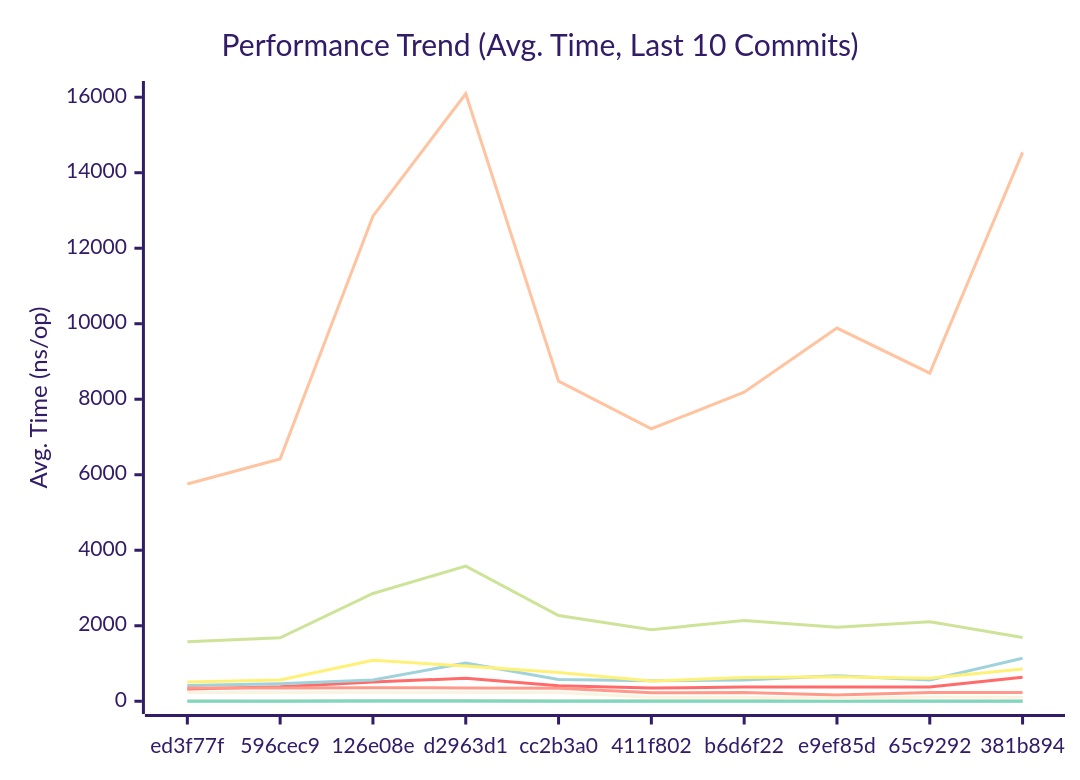
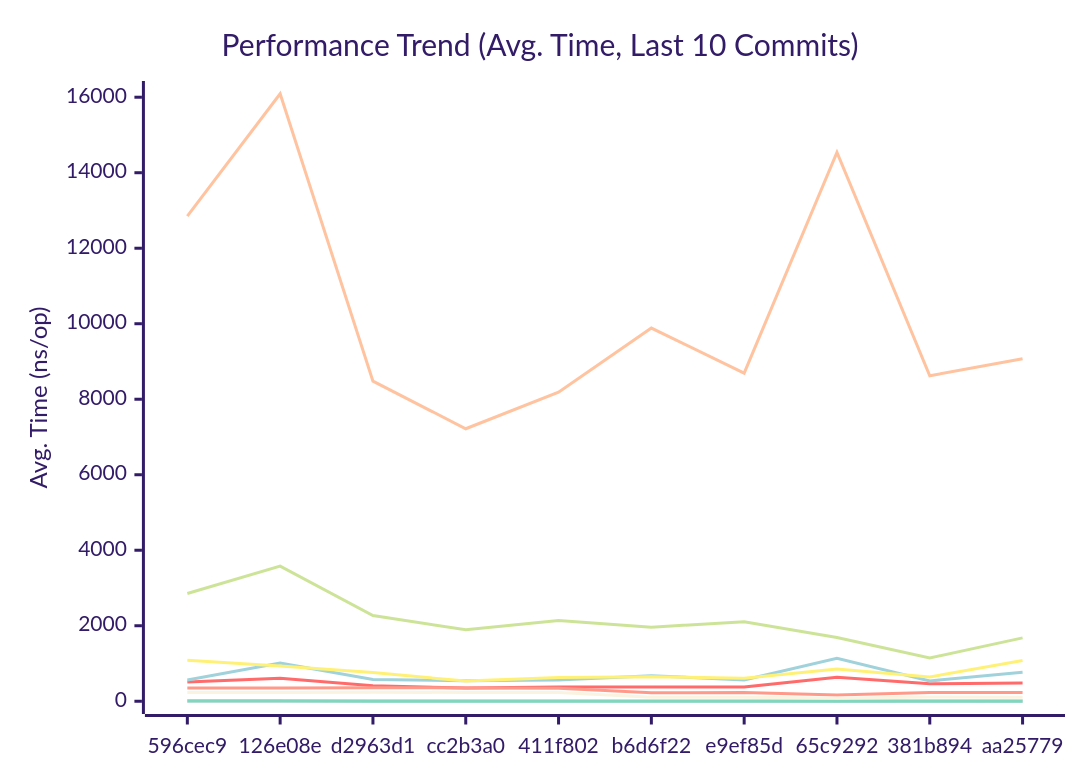
One commit to alsotoes/momo changed the first of 3 diagrams in docs/PERFORMANCE.md. Above: the diagram before and after it, drawn with Mermaid (forest theme). The commit also changed other lines of this file and 3 other files, not shown here.

````diff
--- a/docs/PERFORMANCE.md
+++ b/docs/PERFORMANCE.md
@@ -128,18 +128,18 @@
 ```mermaid
 xychart-beta
     title "Performance Trend (Avg. Time, Last 10 Commits)"
     x-axis "Commit"
     y-axis "Avg. Time (ns/op)"
-    x-axis [ed3f77f,596cec9,126e08e,d2963d1,cc2b3a0,411f802,b6d6f22,e9ef85d,65c9292,381b894]
-    line "CheckMetricsAndSwap" [8,9,22,17,13,11,11,9,9,14]
-    line "CrushOptimized" [326,382,508,611,411,349,375,375,377,635]
-    line "CrushOriginal" [416,464,564,1014,574,546,560,677,563,1141]
-    line "IndexDirectTracking" [0,0,1,1,0,0,0,1,0,1]
-    line "IndexSearch" [2,2,2,3,2,2,2,2,2,4]
-    line "LoadGlobalConfig" [5754,6420,12850,16092,8480,7218,8185,9886,8691,14541]
-    line "PadString" [2,3,4,4,3,2,3,3,3,3]
+    x-axis [596cec9,126e08e,d2963d1,cc2b3a0,411f802,b6d6f22,e9ef85d,65c9292,381b894,aa25779]
+    line "CheckMetricsAndSwap" [22,17,13,11,11,9,9,14,13,17]
+    line "CrushOptimized" [508,611,411,349,375,375,377,635,462,481]
+    line "CrushOriginal" [564,1014,574,546,560,677,563,1141,538,771]
+    line "IndexDirectTracking" [1,1,0,0,0,1,0,1,1,0]
+    line "IndexSearch" [2,3,2,2,2,2,2,4,3,4]
+    line "LoadGlobalConfig" [12850,16092,8480,7218,8185,9886,8691,14541,8623,9070]
+    line "PadString" [4,4,3,2,3,3,3,3,3,3]
     line "ParseReplicationOrder_NoPrealloc" [350,349,357,354,345,225,229,165,232,234]
     line "ParseReplicationOrder_Prealloc" [229,231,237,234,229,108,107,80,110,109]
-    line "SanitizeLog/Safe" [510,564,1086,932,759,535,626,647,610,855]
-    line "SanitizeLog/Unsafe" [1574,1680,2855,3581,2269,1896,2138,1962,2106,1691]
+    line "SanitizeLog/Safe" [1086,932,759,535,626,647,610,855,645,1080]
+    line "SanitizeLog/Unsafe" [2855,3581,2269,1896,2138,1962,2106,1691,1147,1679]
 ```
````
